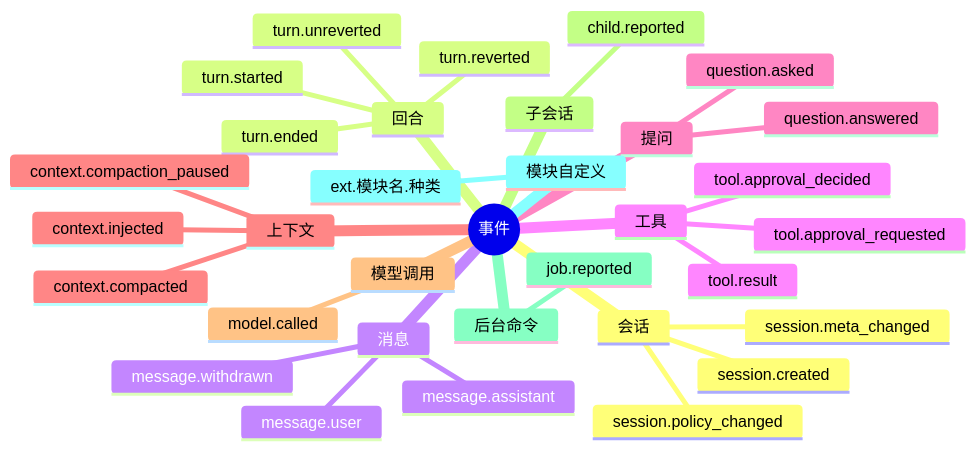
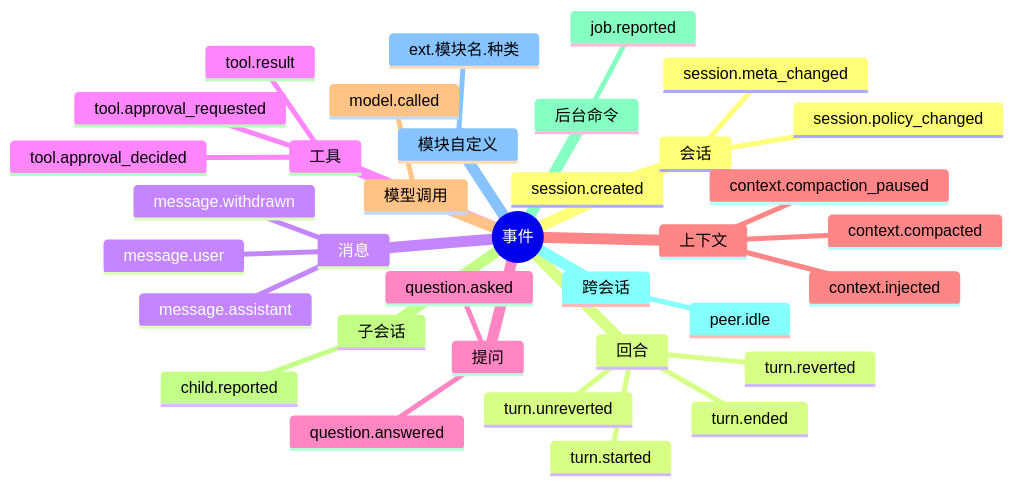
One commit to SHORiN-KiWATA/miyu-agent-remake changed the first of 3 diagrams in docs/designs/03-事件模型.md. Above: the diagram before and after it, drawn with Mermaid. The commit also changed other lines of this file and 31 other files, not shown here.

````diff
--- a/docs/designs/03-事件模型.md
+++ b/docs/designs/03-事件模型.md
@@ -103,36 +103,38 @@
 ```mermaid
 mindmap
   root((事件))
     会话
       session.created
       session.policy_changed
       session.meta_changed
     回合
       turn.started
       turn.ended
       turn.reverted
       turn.unreverted
     消息
       message.user
       message.assistant
       message.withdrawn
     工具
       tool.result
       tool.approval_requested
       tool.approval_decided
     提问
       question.asked
       question.answered
     上下文
       context.injected
       context.compacted
       context.compaction_paused
     模型调用
       model.called
     子会话
       child.reported
     后台命令
       job.reported
+    跨会话
+      peer.idle
     模块自定义
       ext.模块名.种类
 ```
````
